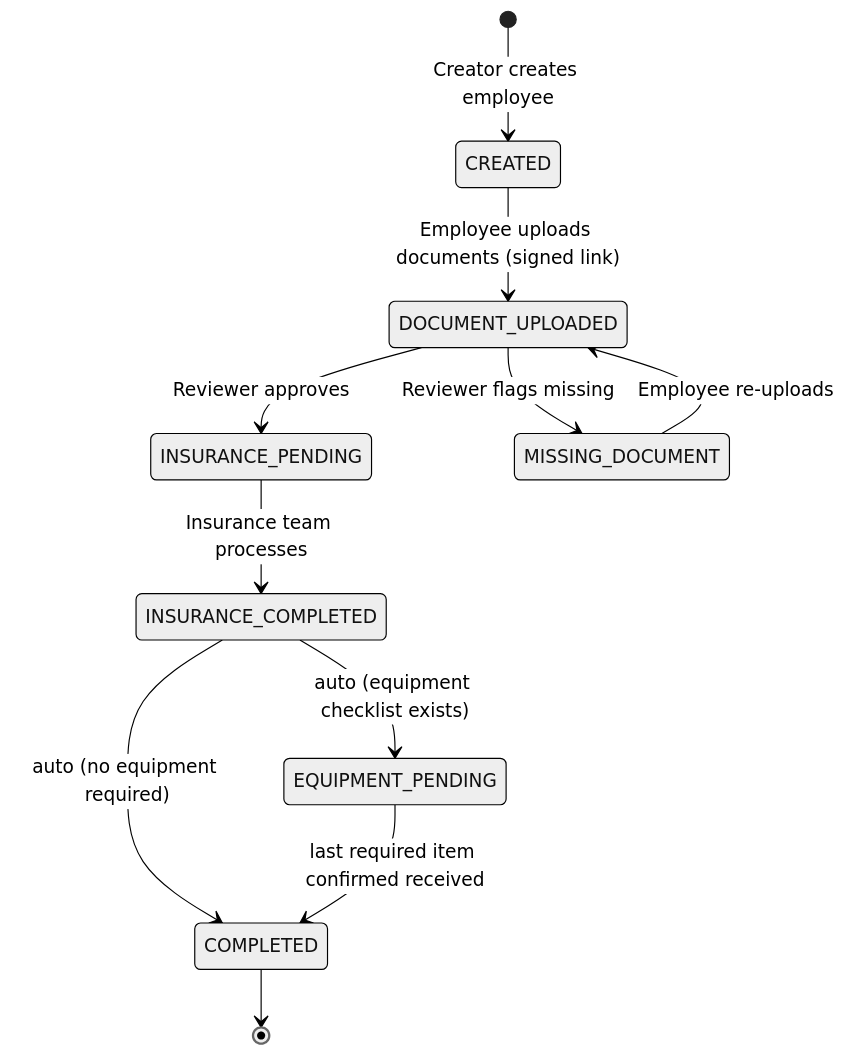
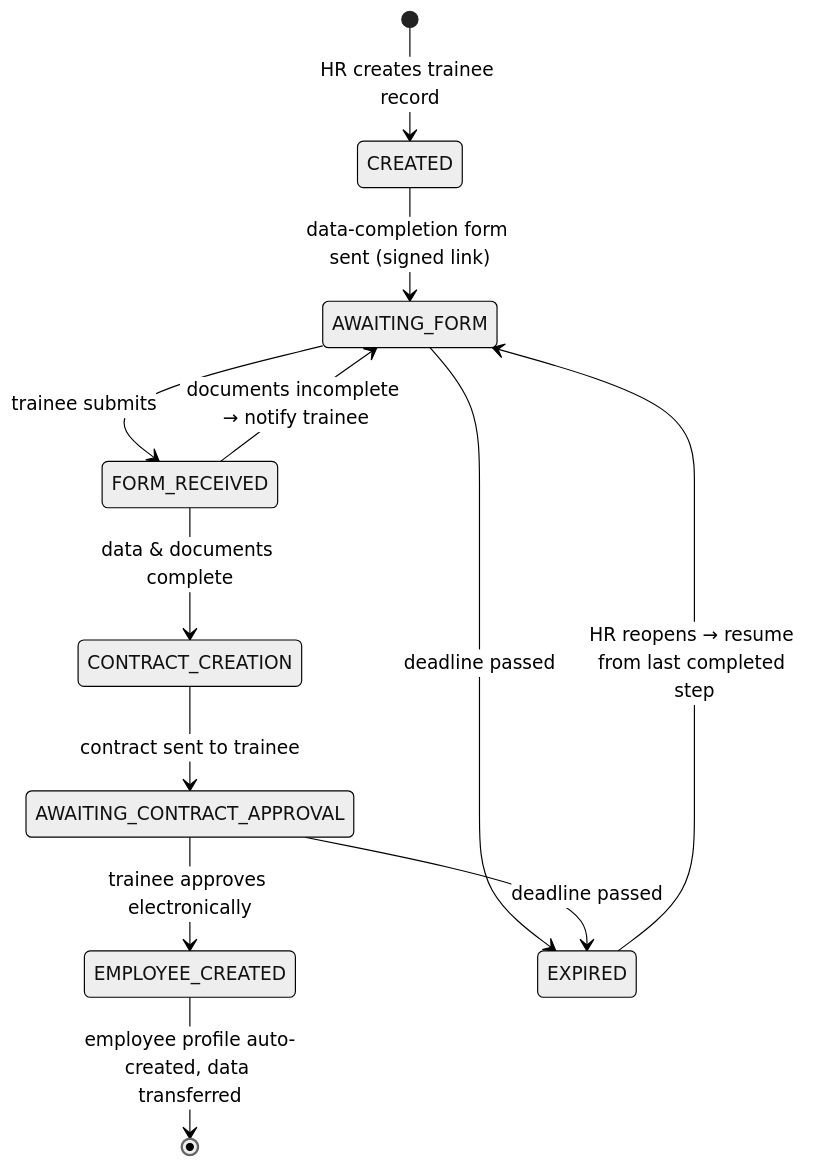
The first of 2 diagrams in README.md (basmakamal/employee-onboarding), drawn with Mermaid (neutral theme) before and after one commit. The commit also changed other lines of this file and 30 other files, not shown here.

````diff
--- a/README.md
+++ b/README.md
@@ -29,13 +24,14 @@
 ```mermaid
 stateDiagram-v2
-    [*] --> CREATED : Creator creates employee
-    CREATED --> DOCUMENT_UPLOADED : Employee uploads documents (signed link)
-    DOCUMENT_UPLOADED --> INSURANCE_PENDING : Reviewer approves
-    DOCUMENT_UPLOADED --> MISSING_DOCUMENT : Reviewer flags missing
-    MISSING_DOCUMENT --> DOCUMENT_UPLOADED : Employee re-uploads
-    INSURANCE_PENDING --> INSURANCE_COMPLETED : Insurance team processes
-    INSURANCE_COMPLETED --> EQUIPMENT_PENDING : auto (equipment checklist exists)
-    INSURANCE_COMPLETED --> COMPLETED : auto (no equipment required)
-    EQUIPMENT_PENDING --> COMPLETED : last required item confirmed received
-    COMPLETED --> [*]
+    [*] --> CREATED : HR creates trainee record
+    CREATED --> AWAITING_FORM : data-completion form sent (signed link)
+    AWAITING_FORM --> FORM_RECEIVED : trainee submits
+    FORM_RECEIVED --> AWAITING_FORM : documents incomplete → notify trainee
+    FORM_RECEIVED --> CONTRACT_CREATION : data & documents complete
+    CONTRACT_CREATION --> AWAITING_CONTRACT_APPROVAL : contract sent to trainee
+    AWAITING_CONTRACT_APPROVAL --> EMPLOYEE_CREATED : trainee approves electronically
+    AWAITING_FORM --> EXPIRED : deadline passed
+    AWAITING_CONTRACT_APPROVAL --> EXPIRED : deadline passed
+    EXPIRED --> AWAITING_FORM : HR reopens → resume from last completed step
+    EMPLOYEE_CREATED --> [*] : employee profile auto-created, data transferred
 ```
````
